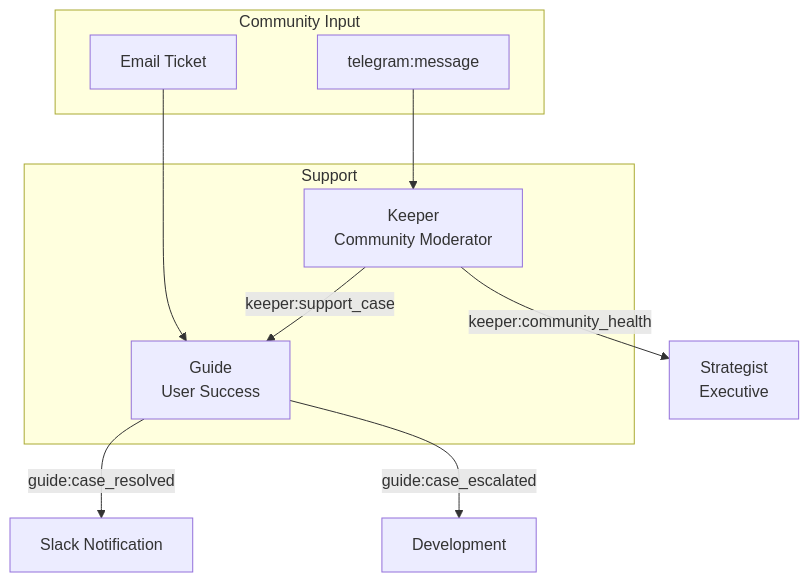
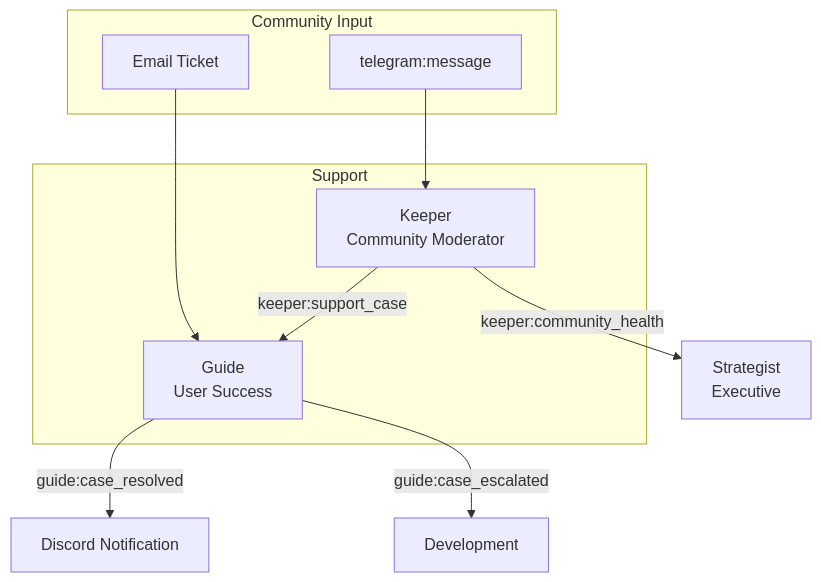
Before and after one commit to YClawAI/YClaw: the diagram in departments/support/README.md, drawn with Mermaid. The commit also changed other lines of this file and 5 other files, not shown here.

````diff
--- a/departments/support/README.md
+++ b/departments/support/README.md
@@ -16,21 +16,21 @@
 ```mermaid
 flowchart TD
     subgraph "Community Input"
         COMM_MSG[telegram:message]
         EMAIL[Email Ticket]
     end
 
     subgraph Support
         KEEPER[Keeper<br/>Community Moderator]
         GUIDE[Guide<br/>User Success]
     end
 
     COMM_MSG --> KEEPER
 
     KEEPER -- keeper:support_case --> GUIDE
     KEEPER -- keeper:community_health --> STRATEGIST[Strategist<br/>Executive]
     EMAIL --> GUIDE
 
-    GUIDE -- guide:case_resolved --> SLACK[Slack Notification]
+    GUIDE -- guide:case_resolved --> DISCORD[Discord Notification]
     GUIDE -- guide:case_escalated --> DEV[Development]
 ```
````
